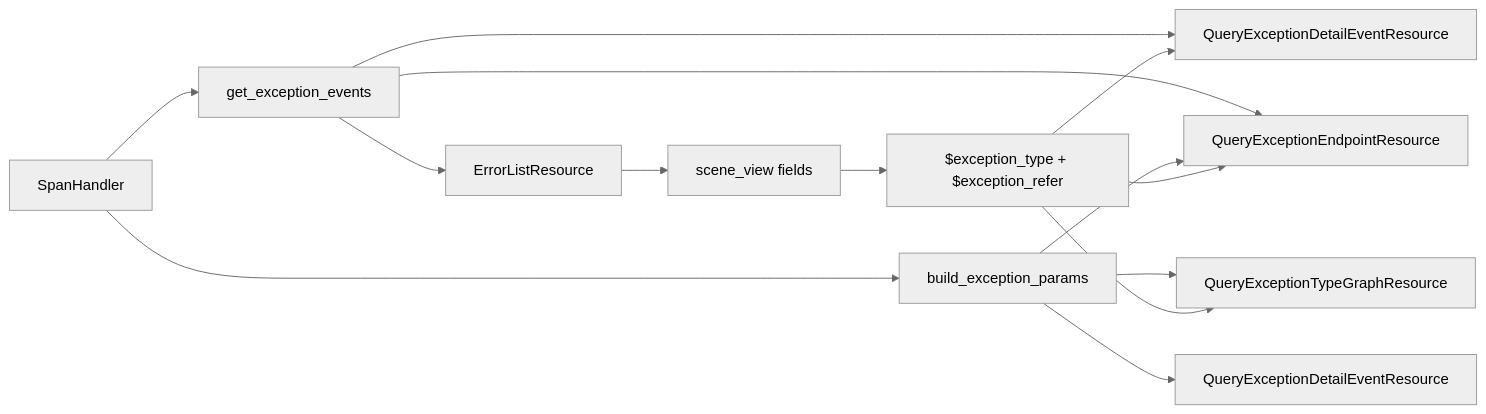
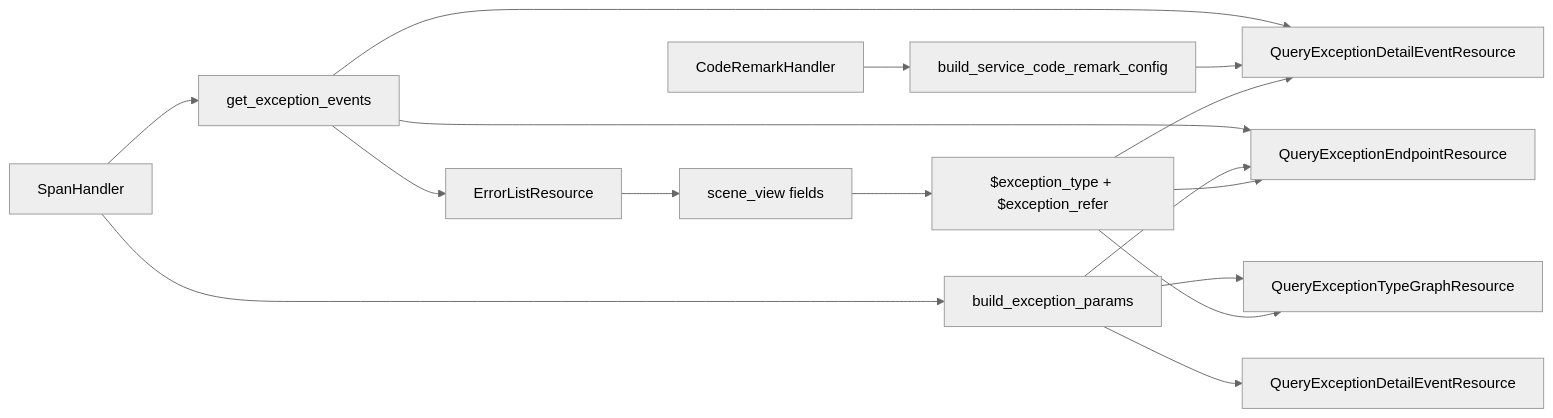
The second of 2 diagrams in knowledge/bkmonitor/issues/2026-05-31-apm-error-view-trpc-adaptation/PLAN.md (ZhuoZhuoCrayon/ai-workspace), drawn with Mermaid (neutral theme) before and after one commit. The commit also changed other lines of this file and 4 other files, not shown here.

First line of the commit message:
docs(knowledge): refine CodeRemarkHandler section in APM error view plan

````diff
--- a/knowledge/bkmonitor/issues/2026-05-31-apm-error-view-trpc-adaptation/PLAN.md
+++ b/knowledge/bkmonitor/issues/2026-05-31-apm-error-view-trpc-adaptation/PLAN.md
@@ -84,19 +85,21 @@
 ```mermaid
 flowchart LR
     A["SpanHandler"] --> B["get_exception_events"]
     A --> C["build_exception_params"]
+    K["CodeRemarkHandler"] --> L["build_service_code_remark_config"]
 
     B --> D["ErrorListResource"]
     B --> E["QueryExceptionDetailEventResource"]
     B --> F["QueryExceptionEndpointResource"]
 
     C --> G["QueryExceptionDetailEventResource"]
     C --> H["QueryExceptionTypeGraphResource"]
     C --> F
+    L --> E
 
     D --> I["scene_view fields"]
     I --> J["$exception_type + $exception_refer"]
     J --> E
     J --> F
     J --> H
 ```
````
